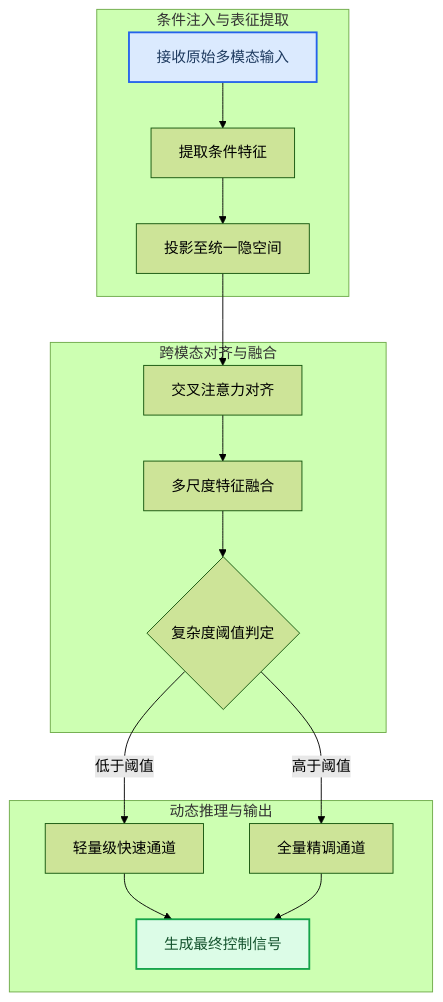
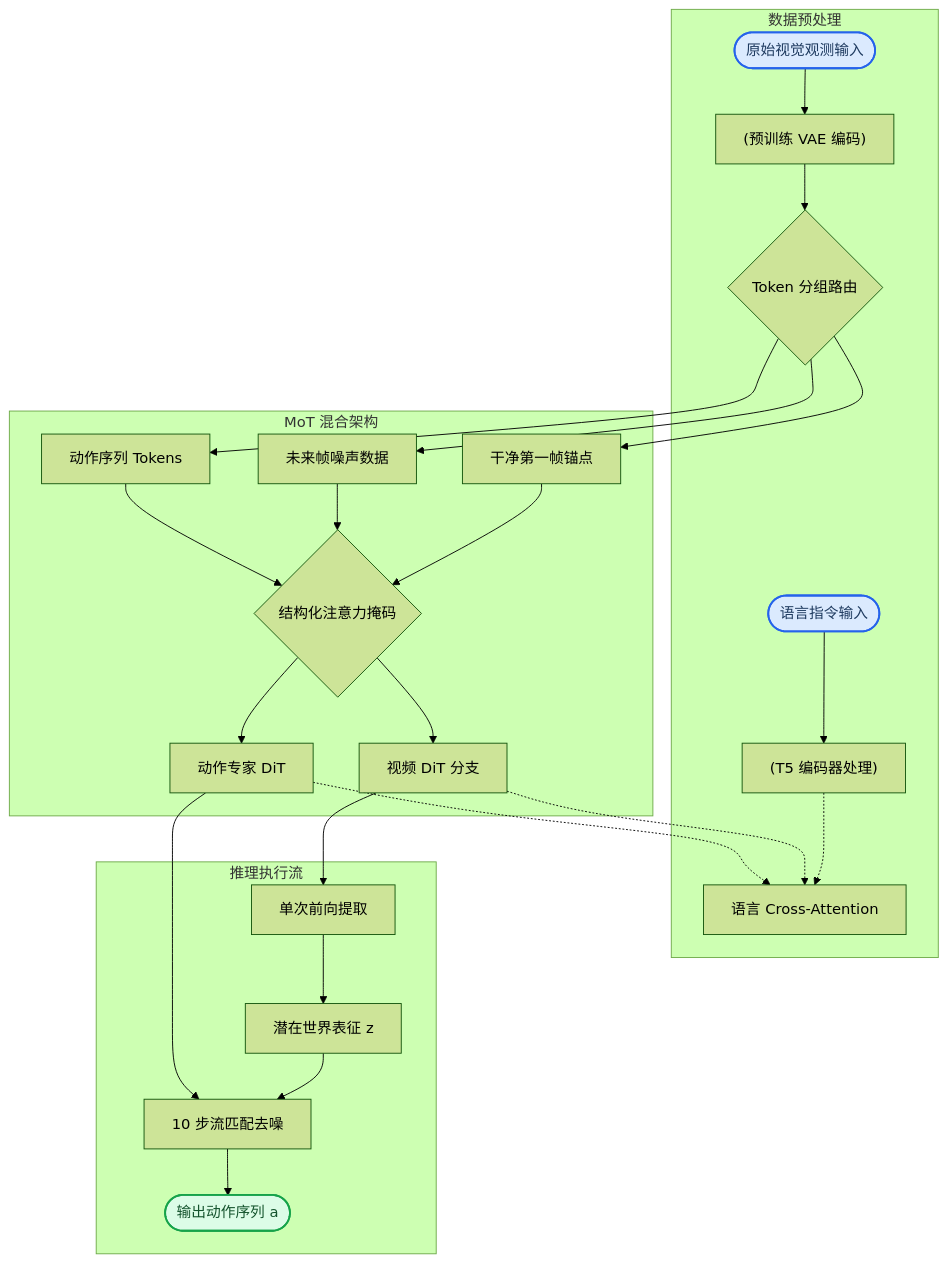
One commit to ShinewineW/paper-rolling changed the third of 10 diagrams in person_vault/2026-06-08_FastWAM_2603.16666/report.md. Above: the diagram before and after it, drawn with Mermaid (forest theme). The commit also changed other lines of this file and 51 other files, not shown here.

````diff
--- a/person_vault/2026-06-08_FastWAM_2603.16666/report.md
+++ b/person_vault/2026-06-08_FastWAM_2603.16666/report.md
@@ -119,26 +168,36 @@
 ```mermaid
 flowchart TB
-    subgraph 条件注入与表征提取
-        raw_data["接收原始多模态输入"] --> cond_encoder["提取条件特征"]
-        cond_encoder --> latent_proj["投影至统一隐空间"]
+    subgraph 数据预处理
+        raw_visual(["原始视觉观测输入"]) --> vae_encode["(预训练 VAE 编码)"]
+        raw_lang(["语言指令输入"]) --> t5_encode["(T5 编码器处理)"]
+        vae_encode --> split_tokens{Token 分组路由}
+        t5_encode -.-> lang_cross["语言 Cross-Attention"]
     end
 
-    subgraph 跨模态对齐与融合
-        latent_proj --> cross_attn["交叉注意力对齐"]
-        cross_attn --> feat_fusion["多尺度特征融合"]
-        feat_fusion --> routing_gate{复杂度阈值判定}
+    subgraph MoT 混合架构
+        split_tokens --> clean_anchor["干净第一帧锚点"]
+        split_tokens --> future_noise["未来帧噪声数据"]
+        split_tokens --> action_tokens["动作序列 Tokens"]
+        clean_anchor --> struct_mask{结构化注意力掩码}
+        future_noise --> struct_mask
+        action_tokens --> struct_mask
+        struct_mask --> video_dit["视频 DiT 分支"]
+        struct_mask --> action_dit["动作专家 DiT"]
+        video_dit -.-> lang_cross
+        action_dit -.-> lang_cross
     end
 
-    subgraph 动态推理与输出
-        routing_gate -- 低于阈值 --> fast_path["轻量级快速通道"]
-        routing_gate -- 高于阈值 --> heavy_path["全量精调通道"]
-        fast_path --> output_gen["生成最终控制信号"]
-        heavy_path --> output_gen
+    subgraph 推理执行流
+        video_dit --> single_fwd["单次前向提取"]
+        single_fwd --> world_rep["潜在世界表征 z"]
+        world_rep --> flow_denoise["10 步流匹配去噪"]
+        action_dit --> flow_denoise
+        flow_denoise --> final_action(["输出动作序列 a"])
     end
 
     classDef required fill:#dbeafe,stroke:#2563eb,stroke-width:2px,color:#1e3a5f
     classDef output fill:#dcfce7,stroke:#16a34a,stroke-width:2px,color:#14532d
     classDef optional fill:#fef9c3,stroke:#ca8a04,stroke-width:2px,color:#713f12
-    class raw_data required
-    class output_gen output
+    class raw_visual,raw_lang required
+    class final_action output
 ```
````
